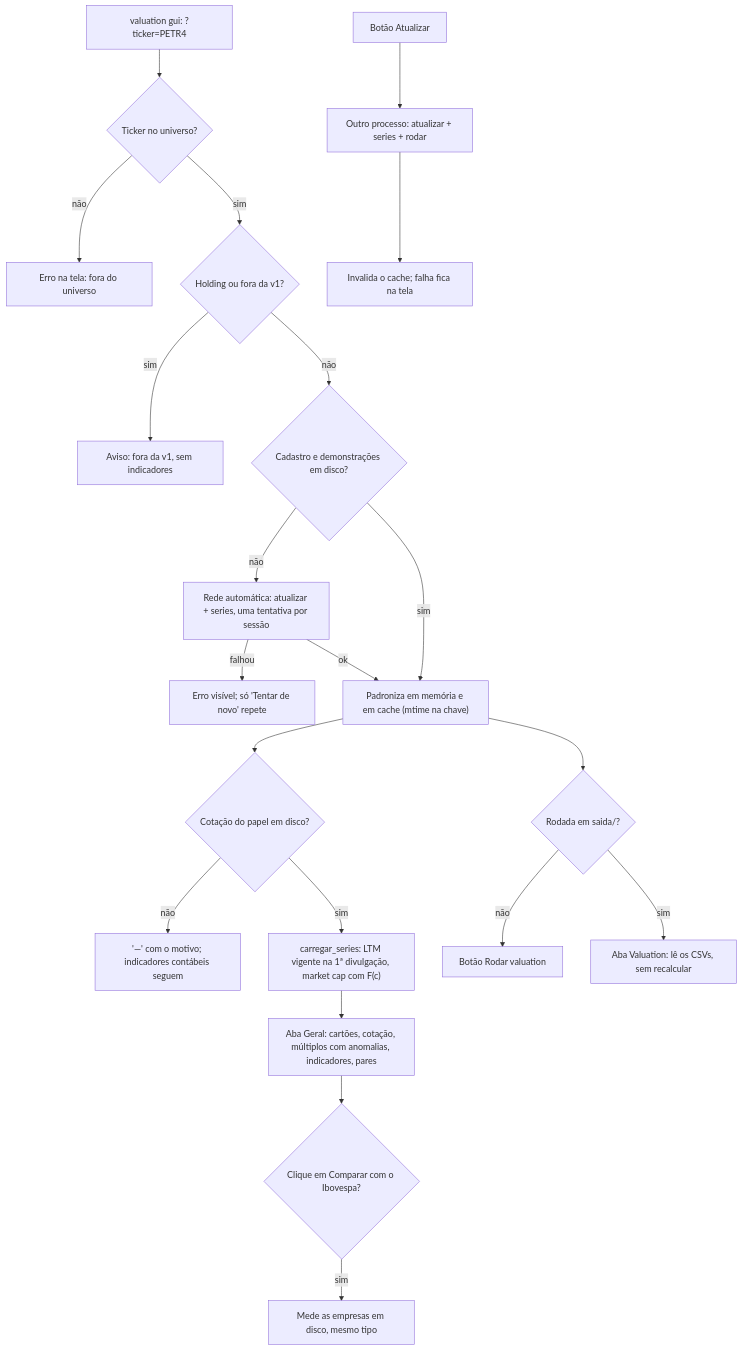
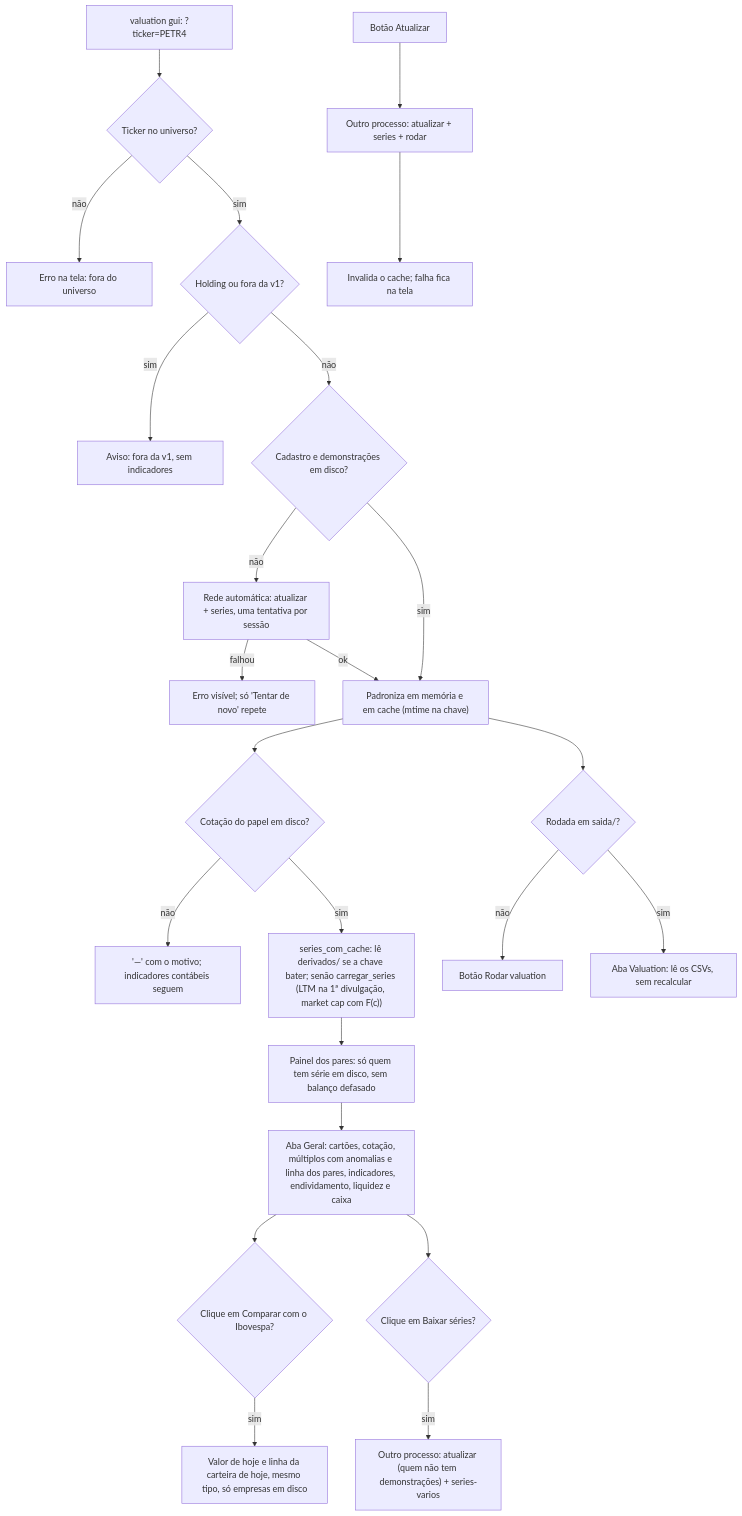
Before and after one commit to luiz2801/lastro: the fifth of 5 diagrams in docs/diagrama_atividades.md, drawn with Mermaid. The commit also changed 22 other files, not shown here.

First line of the commit message:
gui: médias de pares e do Ibovespa em série no gráfico dos múltiplos (B, ADR 0024)

````diff
--- a/docs/diagrama_atividades.md
+++ b/docs/diagrama_atividades.md
@@ -307,23 +307,26 @@
 ```mermaid
 flowchart TD
   A["valuation gui: ?ticker=PETR4"] --> B{"Ticker no universo?"}
   B -->|não| B1["Erro na tela: fora do universo"]
   B -->|sim| C{"Holding ou fora da v1?"}
   C -->|sim| C1["Aviso: fora da v1, sem indicadores"]
   C -->|não| D{"Cadastro e demonstrações em disco?"}
   D -->|não| E["Rede automática: atualizar + series, uma tentativa por sessão"]
   E -->|falhou| E1["Erro visível; só 'Tentar de novo' repete"]
   E -->|ok| F
   D -->|sim| F["Padroniza em memória e em cache (mtime na chave)"]
   F --> G{"Cotação do papel em disco?"}
   G -->|não| G1["'—' com o motivo; indicadores contábeis seguem"]
-  G -->|sim| H["carregar_series: LTM vigente na 1ª divulgação, market cap com F(c)"]
-  H --> I["Aba Geral: cartões, cotação, múltiplos com anomalias, indicadores, pares"]
+  G -->|sim| H["series_com_cache: lê derivados/ se a chave bater; senão carregar_series (LTM na 1ª divulgação, market cap com F(c))"]
+  H --> P["Painel dos pares: só quem tem série em disco, sem balanço defasado"]
+  P --> I["Aba Geral: cartões, cotação, múltiplos com anomalias e linha dos pares, indicadores, endividamento, liquidez e caixa"]
   I --> J{"Clique em Comparar com o Ibovespa?"}
-  J -->|sim| J1["Mede as empresas em disco, mesmo tipo"]
+  J -->|sim| J1["Valor de hoje e linha da carteira de hoje, mesmo tipo, só empresas em disco"]
+  I --> Q{"Clique em Baixar séries?"}
+  Q -->|sim| Q1["Outro processo: atualizar (quem não tem demonstrações) + series-varios"]
   F --> K{"Rodada em saida/?"}
   K -->|não| K1["Botão Rodar valuation"]
   K -->|sim| L["Aba Valuation: lê os CSVs, sem recalcular"]
   M["Botão Atualizar"] --> N["Outro processo: atualizar + series + rodar"]
   N --> O["Invalida o cache; falha fica na tela"]
 ```
````
